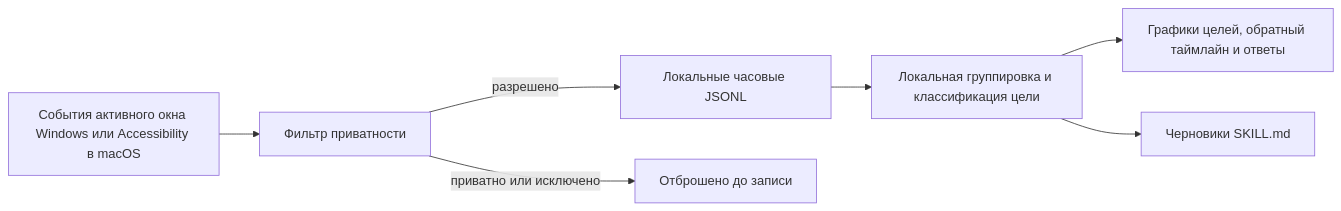
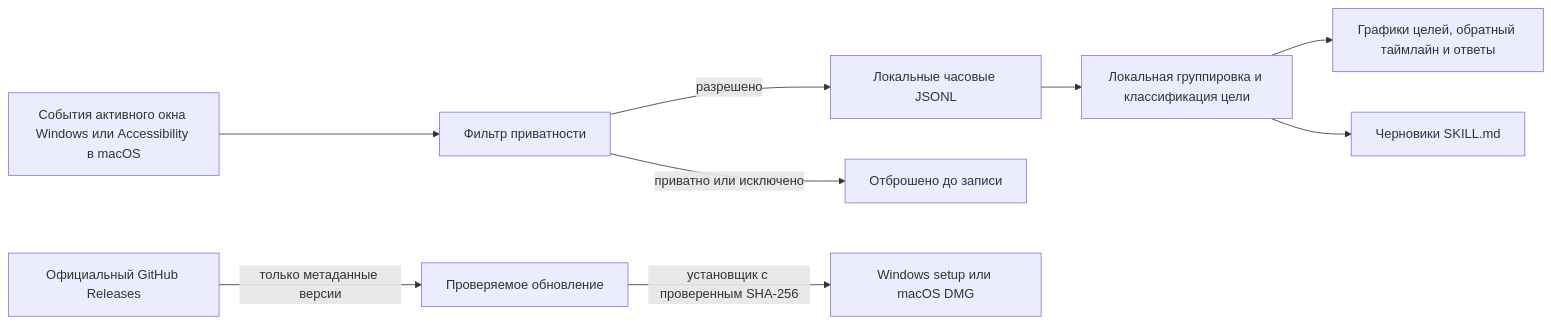
The diagram in README_RU.md (CaspianG/daytrace), drawn with Mermaid before and after one commit. The commit also changed other lines of this file and 24 other files, not shown here.

````diff
--- a/README_RU.md
+++ b/README_RU.md
@@ -127,9 +134,11 @@
 ```mermaid
 flowchart LR
     A["События активного окна Windows или Accessibility в macOS"] --> B["Фильтр приватности"]
     B -->|"разрешено"| C["Локальные часовые JSONL"]
     B -->|"приватно или исключено"| X["Отброшено до записи"]
     C --> D["Локальная группировка и классификация цели"]
     D --> E["Графики целей, обратный таймлайн и ответы"]
     D --> F["Черновики SKILL.md"]
+    U["Официальный GitHub Releases"] -->|"только метаданные версии"| V["Проверяемое обновление"]
+    V -->|"установщик с проверенным SHA-256"| G["Windows setup или macOS DMG"]
 ```
````
